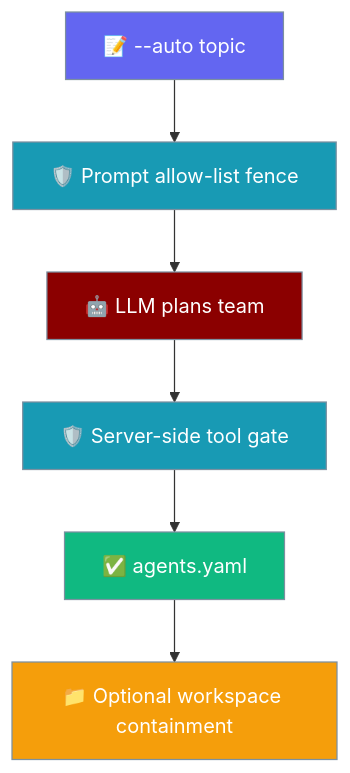
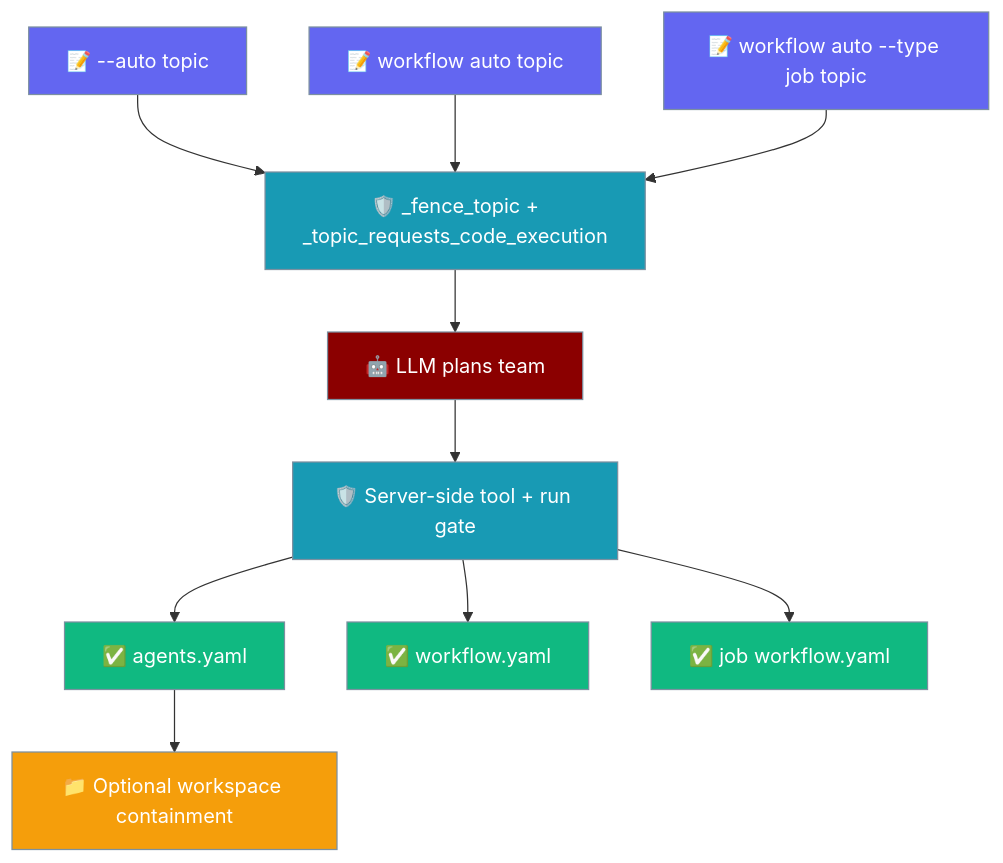
Before and after one commit to MervinPraison/PraisonAIDocs: the first of 5 diagrams in docs/features/auto-generator-safety.mdx, drawn with Mermaid. The commit also changed other lines of this file and 3 other files, not shown here.

First line of the commit message:
docs: extend auto-generator safety to workflow auto + document AgentsGenerator close() lifecycle (fixes #4286)

````diff
--- a/docs/features/auto-generator-safety.mdx
+++ b/docs/features/auto-generator-safety.mdx
@@ -17,20 +17,24 @@
 ```mermaid
 graph TB
-    Topic[📝 --auto topic] --> Fence[🛡️ Prompt allow-list fence]
+    Auto[📝 --auto topic] --> Fence[🛡️ _fence_topic +<br/>_topic_requests_code_execution]
+    Wf[📝 workflow auto topic] --> Fence
+    Job[📝 workflow auto --type job topic] --> Fence
     Fence --> LLM[🤖 LLM plans team]
-    LLM --> Gate[🛡️ Server-side tool gate]
-    Gate --> YAML[✅ agents.yaml]
-    YAML --> Contain[📁 Optional workspace containment]
+    LLM --> Gate[🛡️ Server-side tool + run gate]
+    Gate --> AgentsY[✅ agents.yaml]
+    Gate --> WfY[✅ workflow.yaml]
+    Gate --> JobY[✅ job workflow.yaml]
+    AgentsY --> Contain[📁 Optional workspace containment]
 
     classDef agent fill:#8B0000,stroke:#7C90A0,color:#fff
     classDef guard fill:#189AB4,stroke:#7C90A0,color:#fff
     classDef ok fill:#10B981,stroke:#7C90A0,color:#fff
     classDef input fill:#6366F1,stroke:#7C90A0,color:#fff
     classDef opt fill:#F59E0B,stroke:#7C90A0,color:#fff
 
     class LLM agent
     class Fence,Gate guard
-    class YAML ok
-    class Topic input
+    class AgentsY,WfY,JobY ok
+    class Auto,Wf,Job input
     class Contain opt
 ```
````
